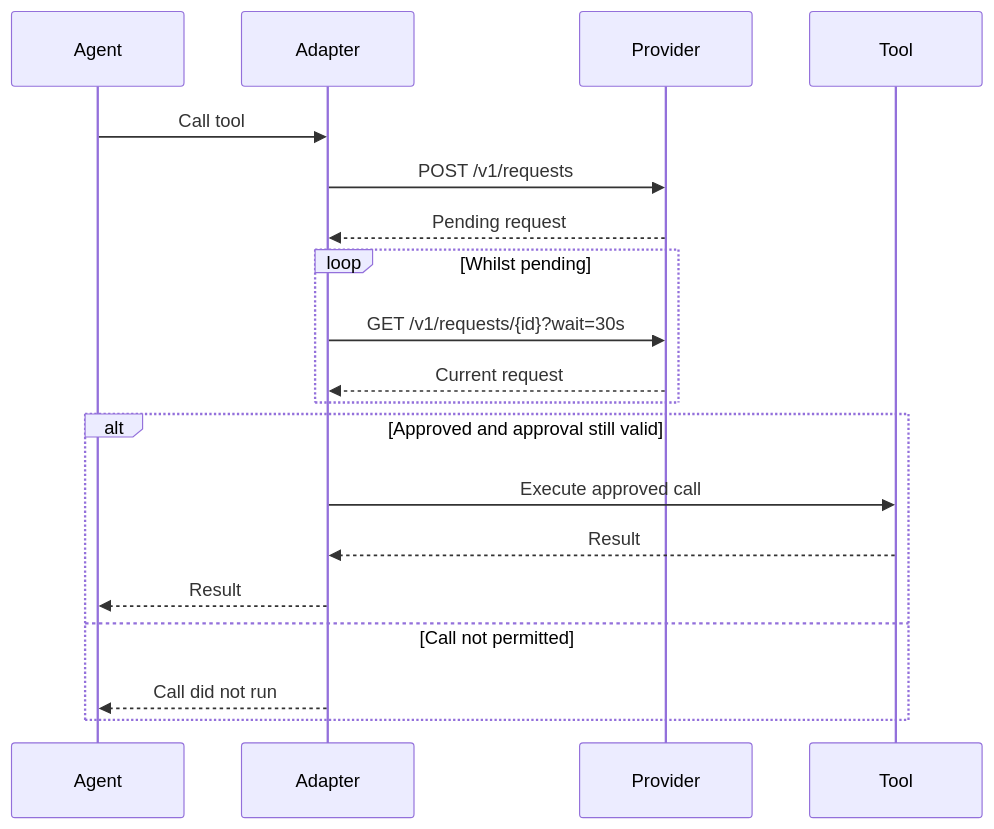
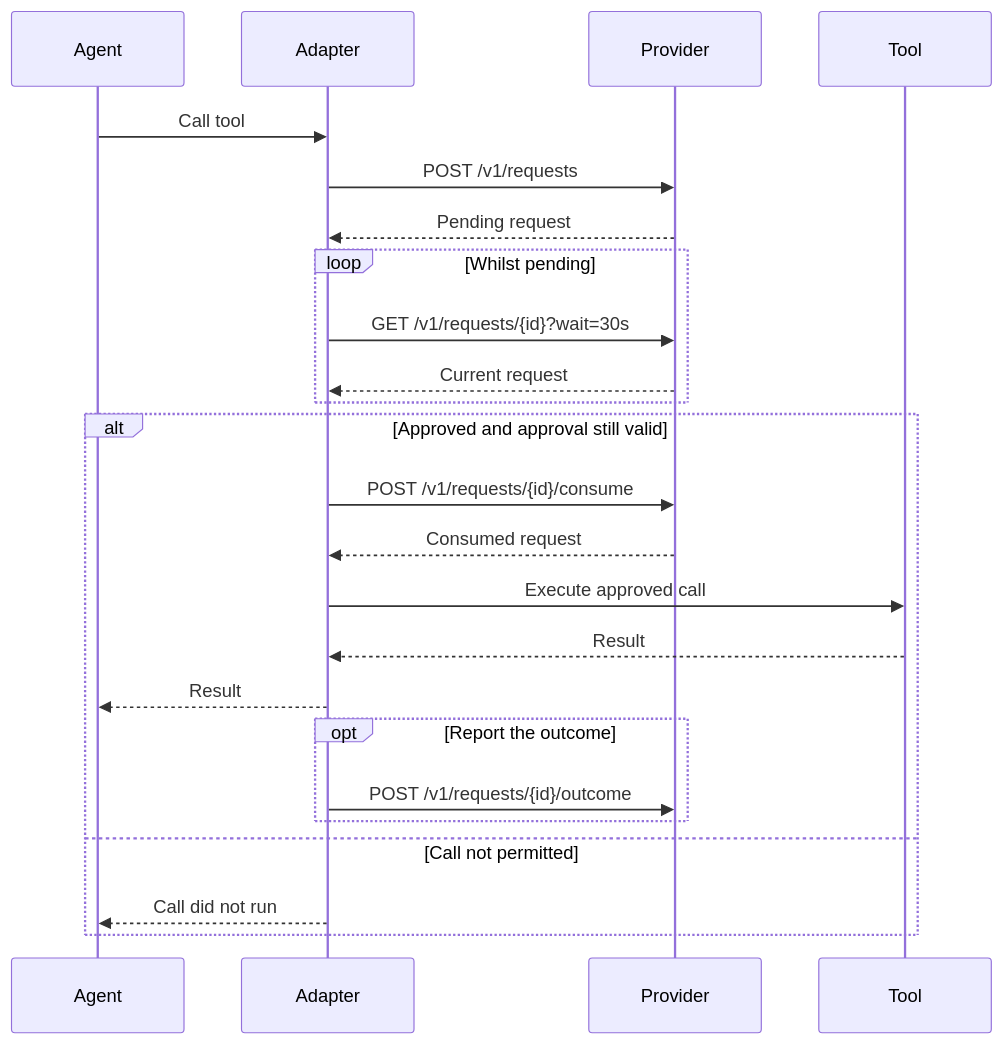
The diagram in docs/specification/6_sync.md (agentapprovalprotocol/agentapprovalprotocol), drawn with Mermaid before and after one commit. The commit also changed other lines of this file and 16 other files, not shown here.

First line of the commit message:
Consume approvals at the provider and report outcomes (#52)

````diff
--- a/docs/specification/6_sync.md
+++ b/docs/specification/6_sync.md
@@ -21,21 +22,26 @@
 ```mermaid
 sequenceDiagram
     participant Agent
     participant Adapter
     participant Provider
     participant Tool
     Agent->>Adapter: Call tool
     Adapter->>Provider: POST /v1/requests
     Provider-->>Adapter: Pending request
     loop Whilst pending
         Adapter->>Provider: GET /v1/requests/{id}?wait=30s
         Provider-->>Adapter: Current request
     end
     alt Approved and approval still valid
+        Adapter->>Provider: POST /v1/requests/{id}/consume
+        Provider-->>Adapter: Consumed request
         Adapter->>Tool: Execute approved call
         Tool-->>Adapter: Result
         Adapter-->>Agent: Result
+        opt Report the outcome
+            Adapter->>Provider: POST /v1/requests/{id}/outcome
+        end
     else Call not permitted
         Adapter-->>Agent: Call did not run
     end
 ```
````
